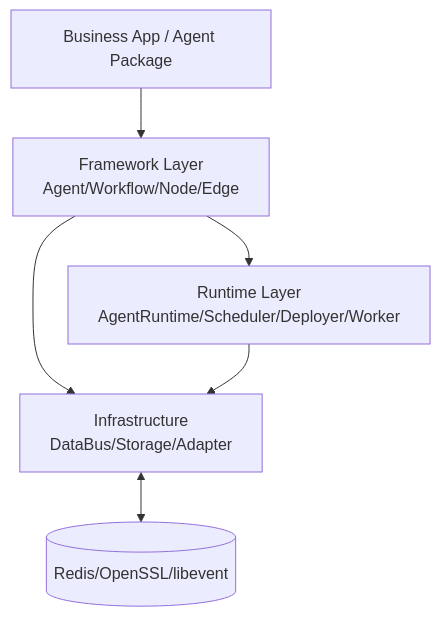
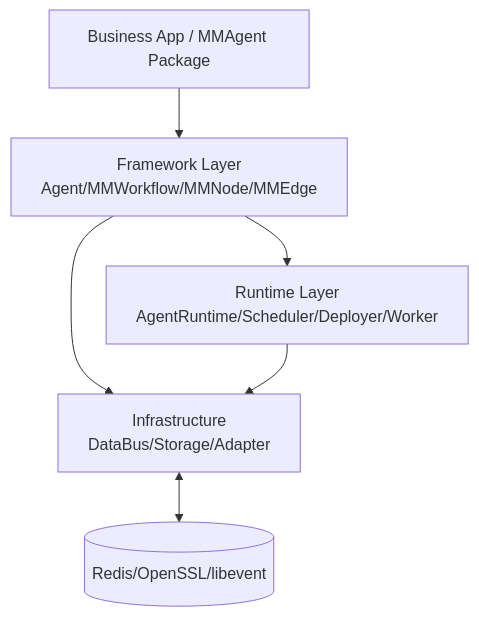
The eighth of 14 diagrams in docs/ARCHITECTURE.md (xyz11274/agentf), drawn with Mermaid before and after one commit. The commit also changed other lines of this file and 106 other files, not shown here.

````diff
--- a/docs/ARCHITECTURE.md
+++ b/docs/ARCHITECTURE.md
@@ -317,14 +317,14 @@
 ```mermaid
 graph TB
-    APP[Business App / Agent Package]
-    FW[Framework Layer\nAgent/Workflow/Node/Edge]
+    APP[Business App / MMAgent Package]
+    FW[Framework Layer\nAgent/MMWorkflow/MMNode/MMEdge]
     RT[Runtime Layer\nAgentRuntime/Scheduler/Deployer/Worker]
     INF[Infrastructure\nDataBus/Storage/Adapter]
     EXT[(Redis/OpenSSL/libevent)]
 
     APP --> FW
     FW --> RT
     FW --> INF
     RT --> INF
     INF <--> EXT
 ```
````
